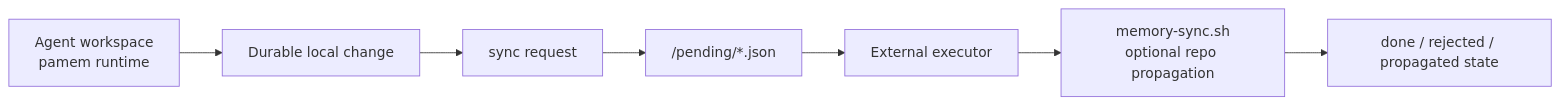
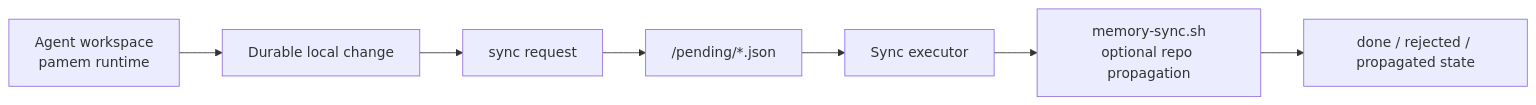
The first of 2 diagrams in SYNC.md (PHLens/pamem), drawn with Mermaid before and after one commit. The commit also changed other lines of this file and 14 other files, not shown here.

Commit message:
Add packaged sync executor agent

````diff
--- a/SYNC.md
+++ b/SYNC.md
@@ -72,9 +78,9 @@
 ```mermaid
 flowchart LR
     A["Agent workspace<br/>pamem runtime"] --> B["Durable local change"]
     B --> C["sync request"]
     C --> D["<sync-queue-root>/pending/*.json"]
-    D --> E["External executor"]
+    D --> E["Sync executor"]
     E --> G["memory-sync.sh<br/>optional repo propagation"]
     G --> F["done / rejected / propagated state"]
 ```
````
